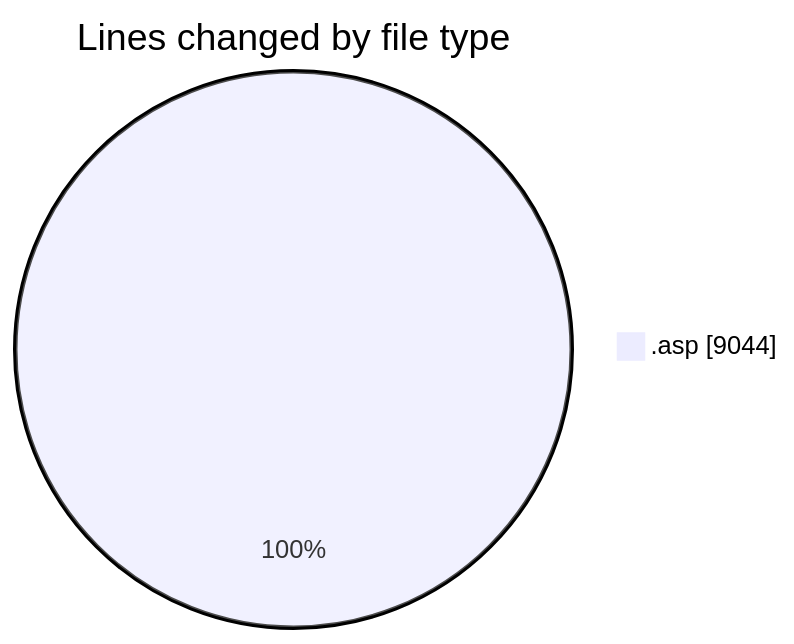
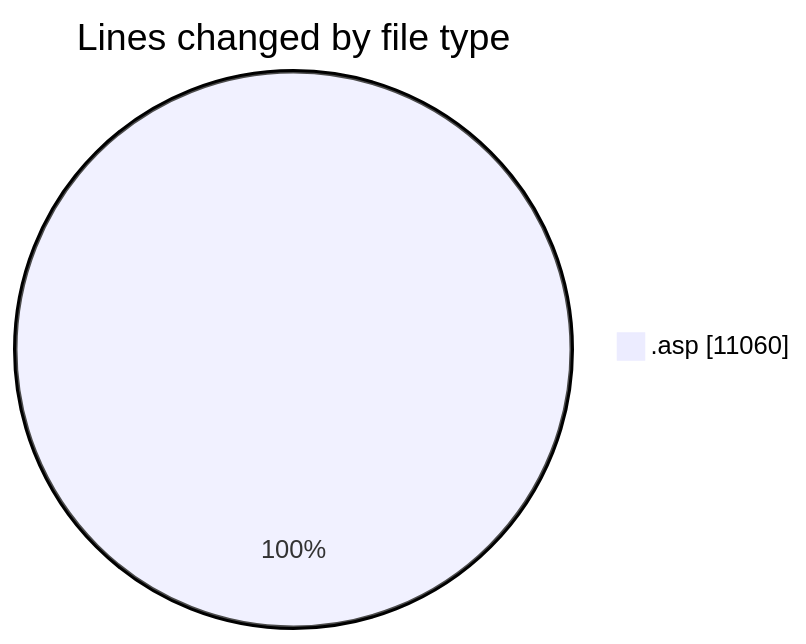
One commit to julien-gomy/code-tracking changed the first of 2 diagrams in 2025-11-27/cdp_aleoudev_fr__workspace_/README.md. Above: the diagram before and after it, drawn with Mermaid. The commit also changed other lines of this file and 1 other file, not shown here.

````diff
--- a/2025-11-27/cdp_aleoudev_fr__workspace_/README.md
+++ b/2025-11-27/cdp_aleoudev_fr__workspace_/README.md
@@ -26,5 +27,5 @@
 ```mermaid
 pie showData
 title Lines changed by file type
-".asp" : 9044
+".asp" : 11060
 ```
````
